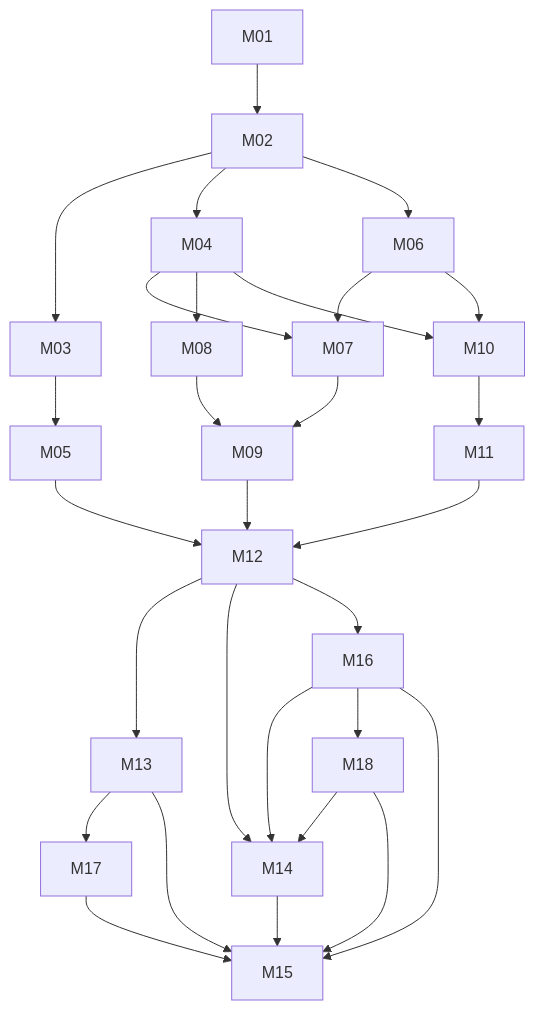
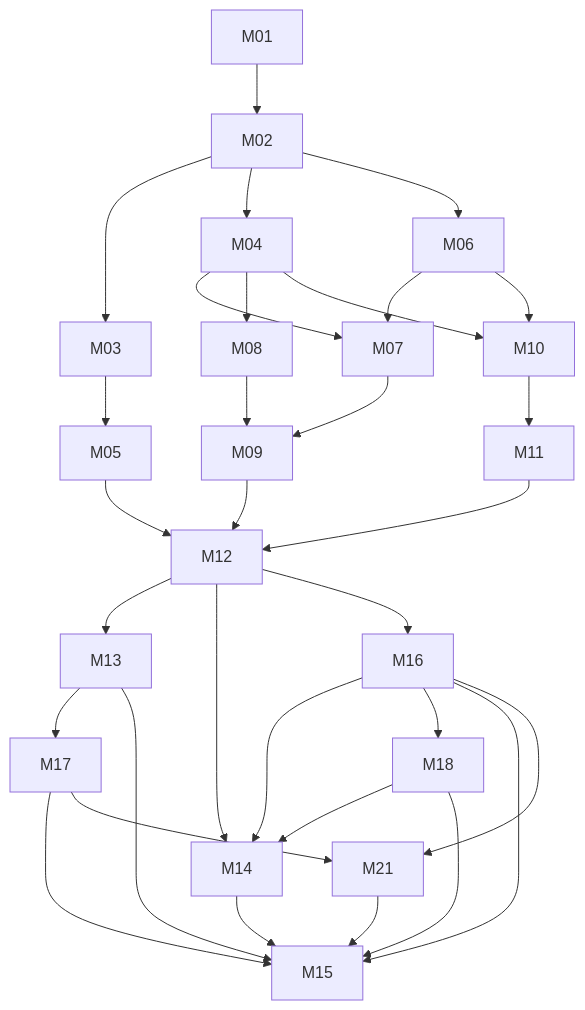
The diagram in docs/milestones/README.md (KomplexMojo/NordicAim), drawn with Mermaid before and after one commit. The commit also changed other lines of this file and 3 other files, not shown here.

````diff
--- a/docs/milestones/README.md
+++ b/docs/milestones/README.md
@@ -34,30 +35,33 @@
 ```mermaid
 flowchart TD
   M01 --> M02
   M02 --> M03 --> M05
   M02 --> M04
   M02 --> M06
   M04 --> M07
   M06 --> M07
   M04 --> M08
   M07 --> M09
   M08 --> M09
   M04 --> M10
   M06 --> M10
   M10 --> M11
   M05 --> M12
   M09 --> M12
   M11 --> M12
   M12 --> M13
   M12 --> M14
   M12 --> M16
   M13 --> M17
   M16 --> M14
   M16 --> M18
   M18 --> M14
   M18 --> M15
   M13 --> M15
   M14 --> M15
   M16 --> M15
   M17 --> M15
+  M16 --> M21
+  M17 --> M21
+  M21 --> M15
 ```
````
